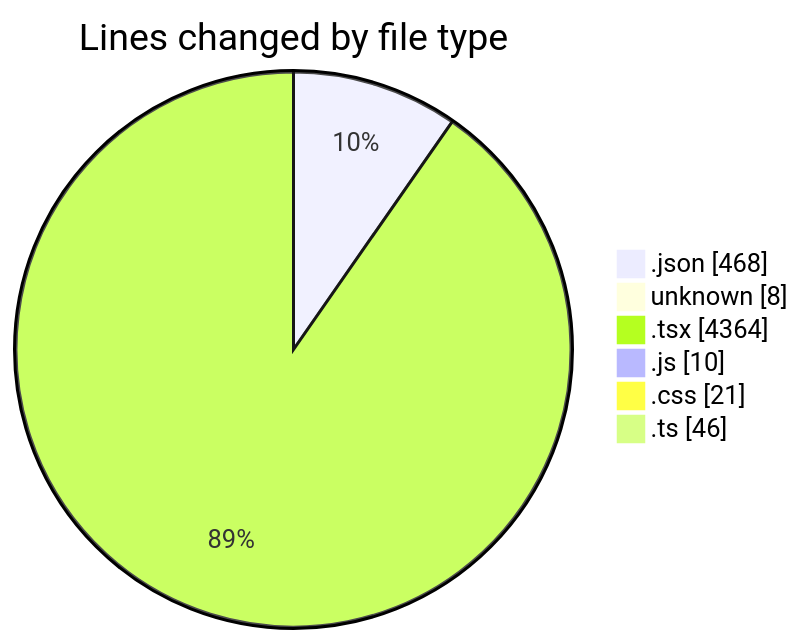
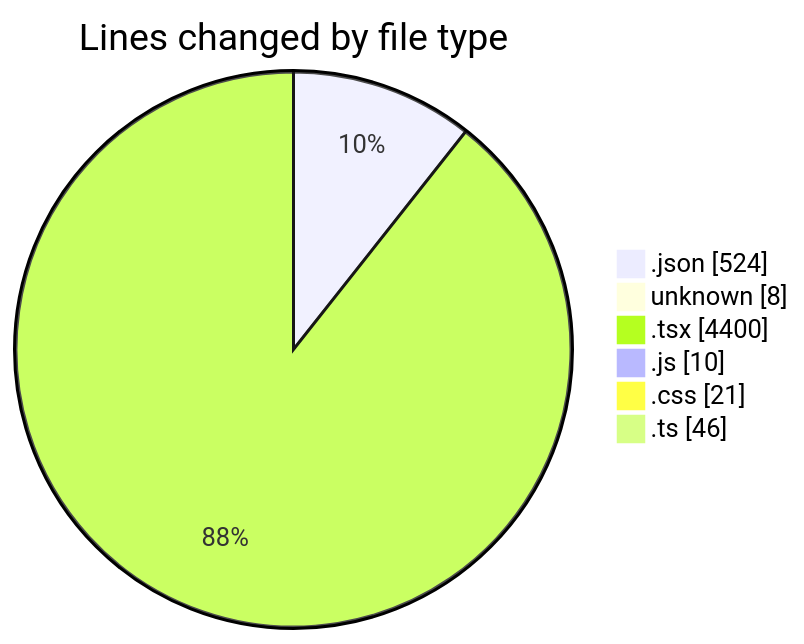
Before and after one commit to Elitesun/code-tracking: the first of 2 diagrams in 2025-05-02/niten/README.md, drawn with Mermaid. The commit also changed other lines of this file and 1 other file, not shown here.

````diff
--- a/2025-05-02/niten/README.md
+++ b/2025-05-02/niten/README.md
@@ -59,10 +60,10 @@
 ```mermaid
 pie showData
 title Lines changed by file type
-".json" : 468
+".json" : 524
 "unknown" : 8
-".tsx" : 4364
+".tsx" : 4400
 ".js" : 10
 ".css" : 21
 ".ts" : 46
 ```
````
